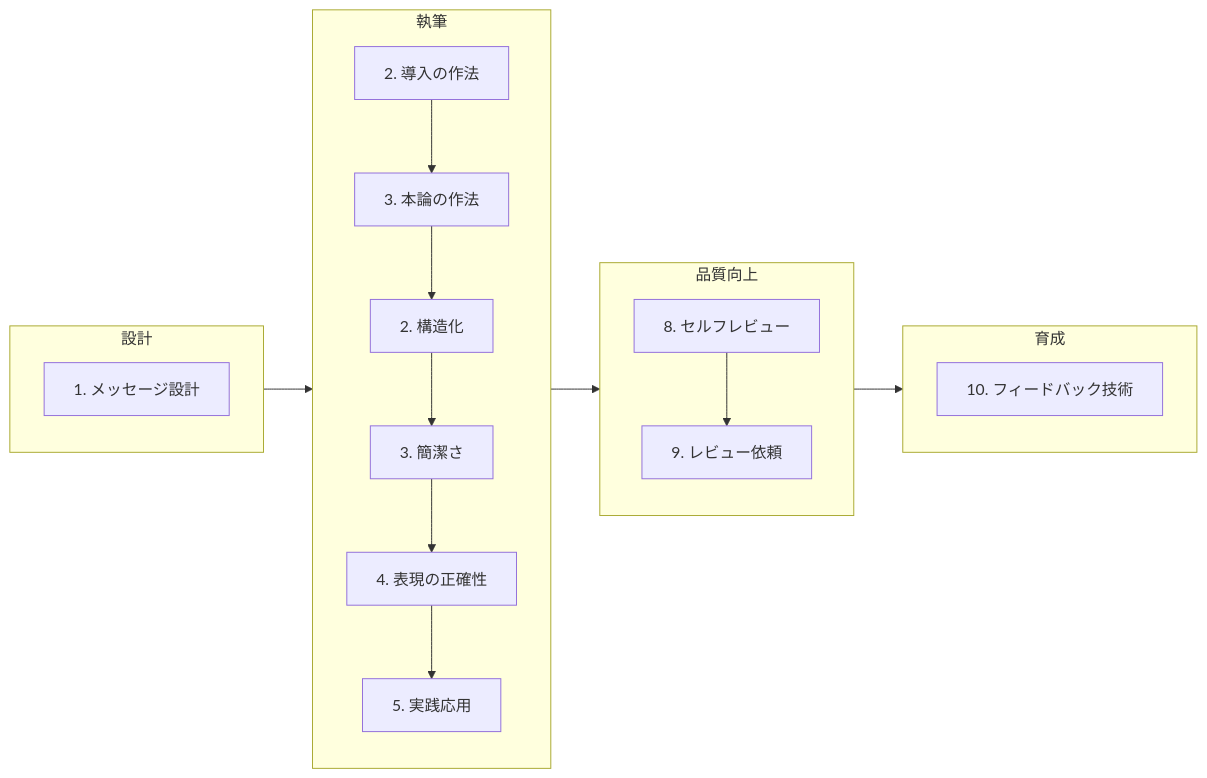
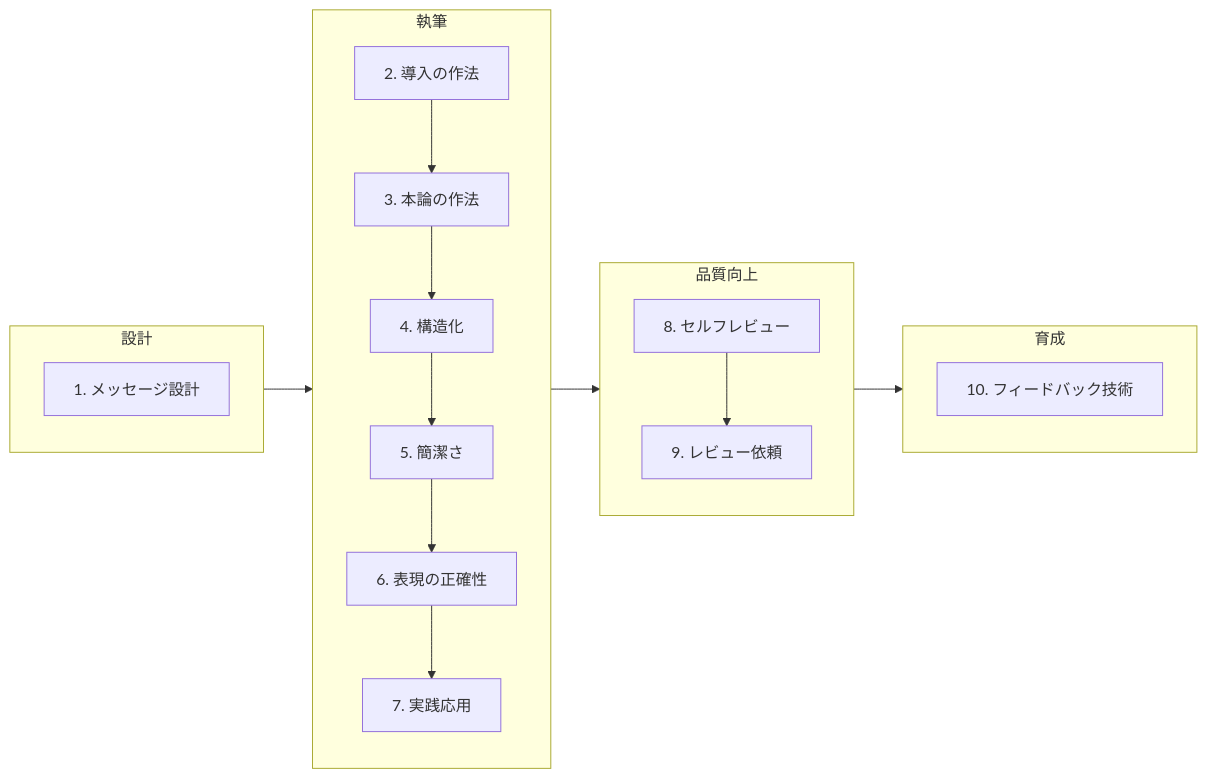
One commit to future-architect/arch-guidelines changed the diagram in documents/forTechnicalWriting/technical_writing_guidelines.md. Above: the diagram before and after it, drawn with Mermaid.

````diff
--- a/documents/forTechnicalWriting/technical_writing_guidelines.md
+++ b/documents/forTechnicalWriting/technical_writing_guidelines.md
@@ -55,31 +55,31 @@
 ```mermaid
 flowchart LR
     subgraph sg1 [設計]
         direction TB
         step1["1. メッセージ設計"]
     end
     subgraph sg2 [執筆]
         direction TB
         step2["2. 導入の作法"]
         step3["3. 本論の作法"]
-        step4["2. 構造化"]
-        step5["3. 簡潔さ"]
-        step6["4. 表現の正確性"]
-        step7["5. 実践応用"]
+        step4["4. 構造化"]
+        step5["5. 簡潔さ"]
+        step6["6. 表現の正確性"]
+        step7["7. 実践応用"]
 
         step2 --> step3 --> step4 --> step5 --> step6 --> step7
     end
     subgraph sg3 [品質向上]
         direction TB
         step8["8. セルフレビュー"]
         step9["9. レビュー依頼"]
 
         step8 --> step9
     end
         subgraph sg4 [育成]
         direction TB
         step10["10. フィードバック技術"]
     end
 
     sg1 --> sg2 --> sg3 --> sg4
 ```
````
